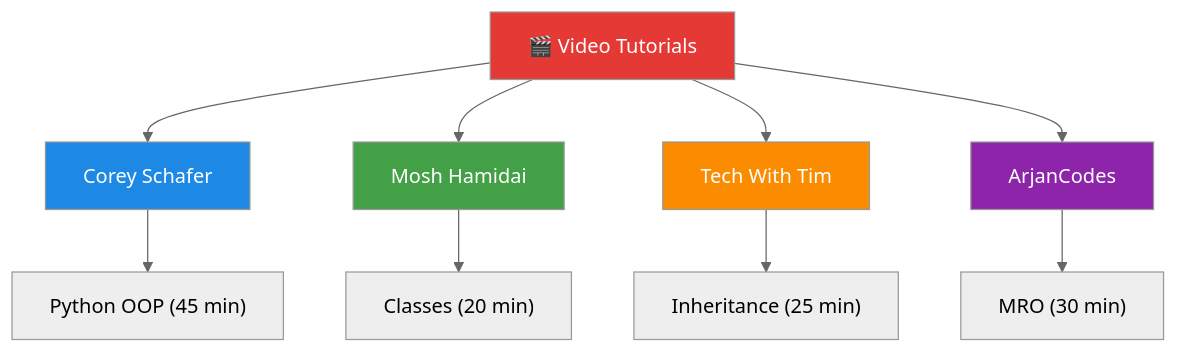
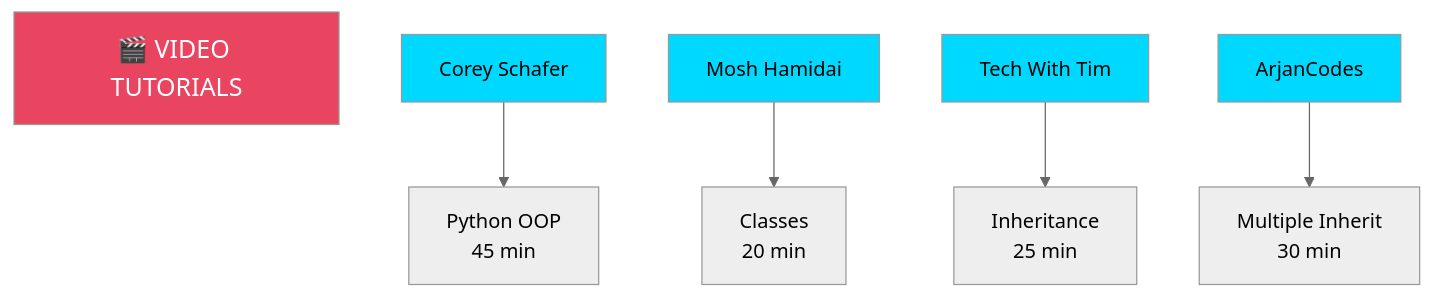
Diagram 20 of 22 in README.md (Lagmouchyoussef/Python-Practical-Works), drawn with Mermaid (neutral theme) before and after one commit. The commit also changed other lines of this file, not shown here.

````diff
--- a/README.md
+++ b/README.md
@@ -500,18 +665,15 @@
 ```mermaid
 graph TD
-    V[🎬 Video Tutorials] --> V1[Corey Schafer]
-    V --> V2[Mosh Hamidai]
-    V --> V3[Tech With Tim]
-    V --> V4[ArjanCodes]
+    Videos[🎬 VIDEO TUTORIALS]:::vidHeader
     
-    V1 --> D1["Python OOP (45 min)"]
-    V2 --> D2["Classes (20 min)"]
-    V3 --> D3["Inheritance (25 min)"]
-    V4 --> D4["MRO (30 min)"]
+    V1[Corey Schafer]:::vid --> L1["Python OOP<br/>45 min"]:::link
+    V2[Mosh Hamidai]:::vid --> L2["Classes<br/>20 min"]:::link
+    V3[Tech With Tim]:::vid --> L3["Inheritance<br/>25 min"]:::link
+    V4[ArjanCodes]:::vid --> L4["Multiple Inherit<br/>30 min"]:::link
     
-    style V fill:#e53935,color:#fff
-    style V1 fill:#1e88e5,color:#fff
-    style V2 fill:#43a047,color:#fff
-    style V3 fill:#fb8c00,color:#fff
-    style V4 fill:#8e24aa,color:#fff
+    style Videos fill:#e94560,color:#fff,font-size:20px
+    style V1 fill:#00d9ff,color:#000
+    style V2 fill:#00d9ff,color:#000
+    style V3 fill:#00d9ff,color:#000
+    style V4 fill:#00d9ff,color:#000
 ```
````
